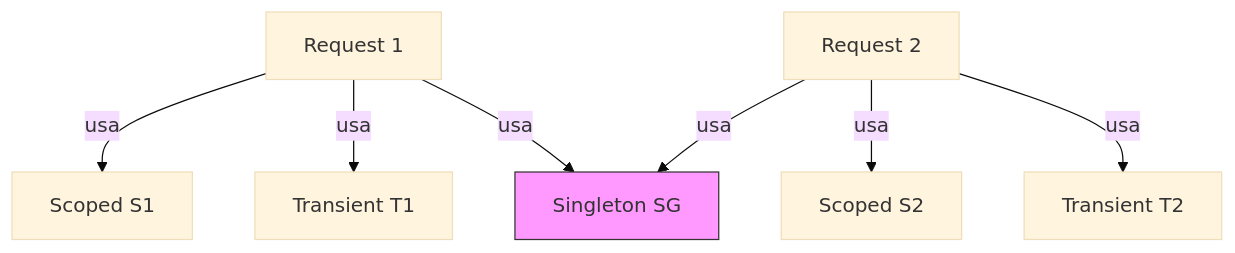
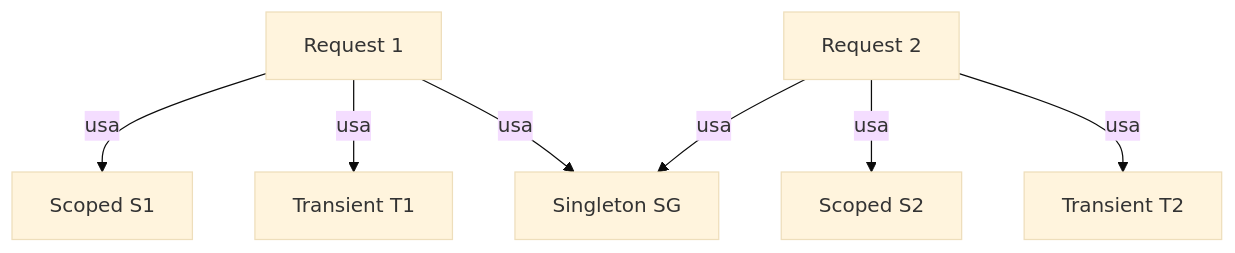
One commit to DennisTurco/AppuntiFacili changed the fourth of 6 diagrams in src/content/informatica/csharp/dependency-injection.mdx. Above: the diagram before and after it, drawn with Mermaid (base theme). The commit also changed other lines of this file and 10 other files, not shown here.

````diff
--- a/src/content/informatica/csharp/dependency-injection.mdx
+++ b/src/content/informatica/csharp/dependency-injection.mdx
@@ -149,10 +379,9 @@
 ```mermaid
 graph TD
     A[Request 1] -->|usa| B[Scoped S1]
     A -->|usa| C[Transient T1]
     A -->|usa| D[Singleton SG]
     E[Request 2] -->|usa| F[Scoped S2]
     E -->|usa| G[Transient T2]
     E -->|usa| D
-    style D fill:#f9f,stroke:#333
 ```
````
